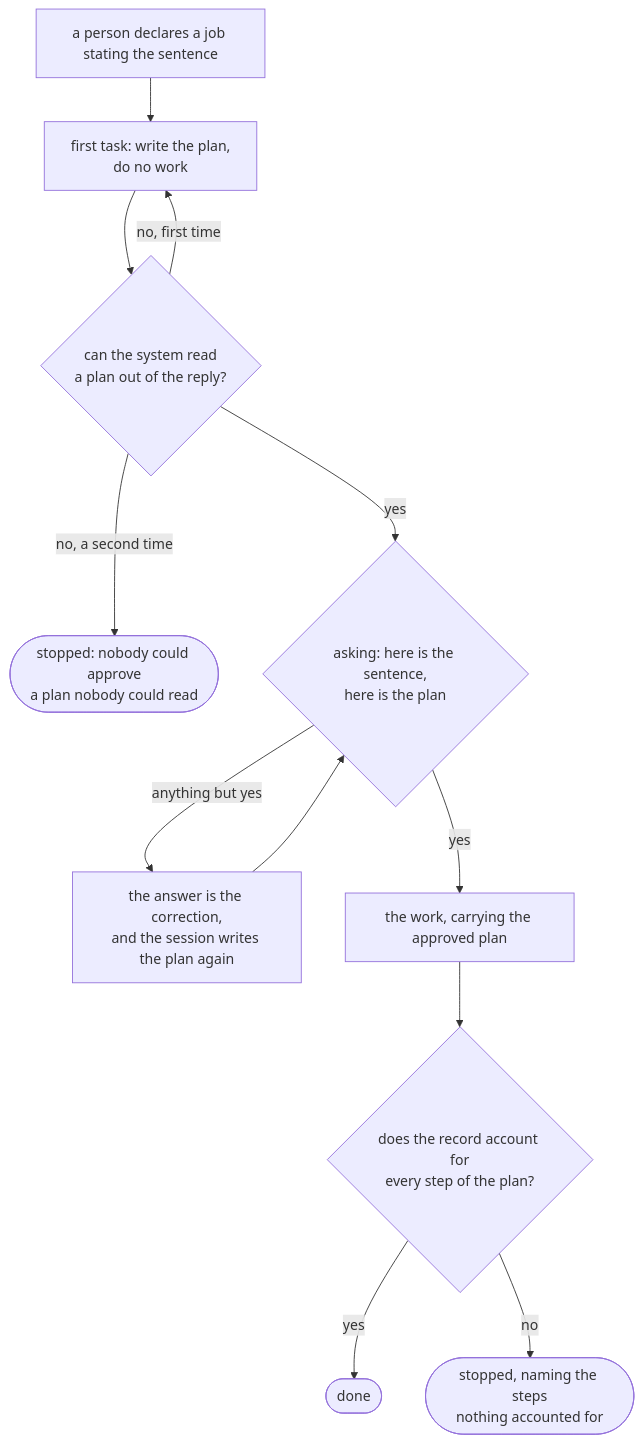
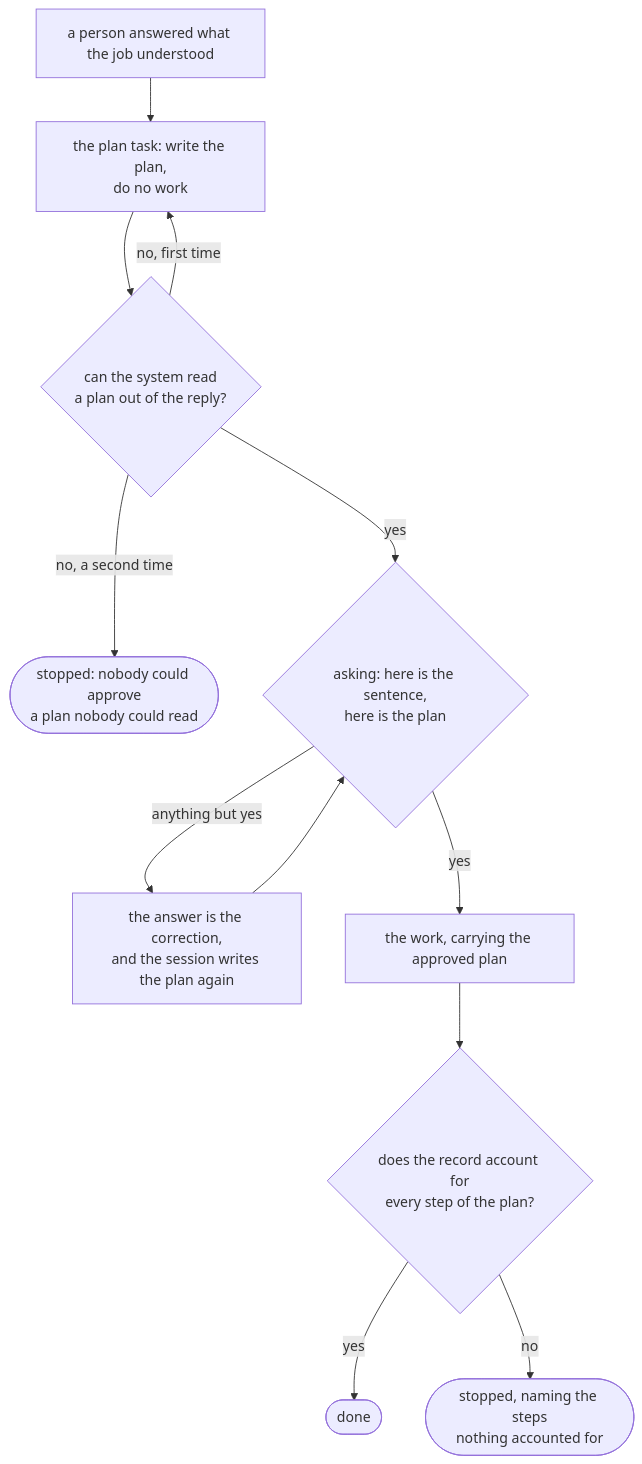
The fourth of 26 diagrams in docs/ORCHESTRATION.md (atlantic-blue/quay-crew), drawn with Mermaid before and after one commit. The commit also changed other lines of this file and 35 other files, not shown here.

Commit message:
feat: a job says what it understood before it plans

````diff
--- a/docs/ORCHESTRATION.md
+++ b/docs/ORCHESTRATION.md
@@ -530,14 +590,14 @@
 ```mermaid
 flowchart TD
-    SAID["a person declares a job stating the sentence"] --> PLAN["first task: write the plan,<br/>do no work"]
+    SAID["a person answered what the job understood"] --> PLAN["the plan task: write the plan,<br/>do no work"]
     PLAN --> READ{"can the system read<br/>a plan out of the reply?"}
     READ -->|"no, first time"| PLAN
     READ -->|"no, a second time"| NOPLAN(["stopped: nobody could approve<br/>a plan nobody could read"])
     READ -->|"yes"| ASK{"asking: here is the sentence,<br/>here is the plan"}
     ASK -->|"anything but yes"| AGAIN["the answer is the correction,<br/>and the session writes the plan again"]
     AGAIN --> ASK
     ASK -->|"yes"| WORK["the work, carrying the approved plan"]
     WORK --> HELD{"does the record account for<br/>every step of the plan?"}
     HELD -->|"yes"| DONE(["done"])
     HELD -->|"no"| DRIFT(["stopped, naming the steps<br/>nothing accounted for"])
 ```
````
